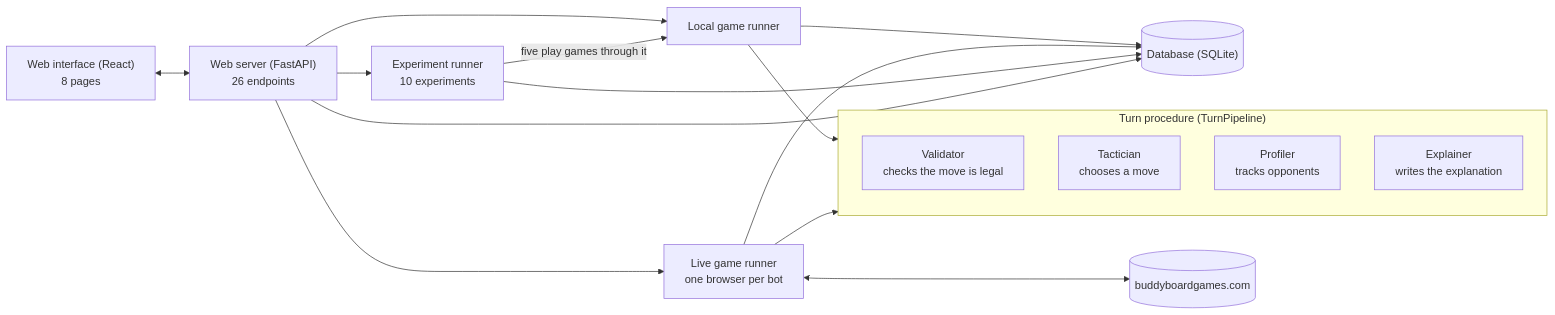
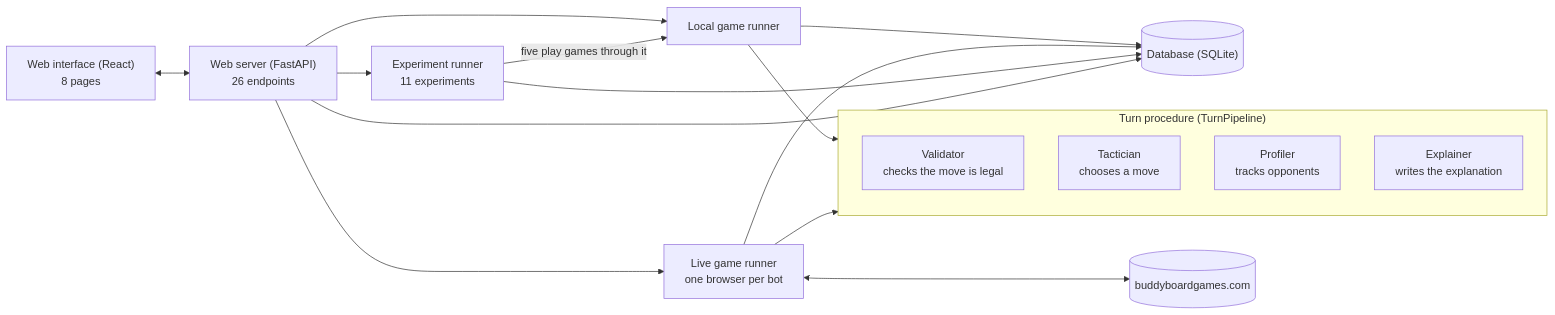
Before and after one commit to rongrongrr/AIS_PT07-Group1_MultiAgentBoardGameIntelligence: the first of 3 diagrams in docs/FINAL_REPORT.md, drawn with Mermaid. The commit also changed other lines of this file and 19 other files, not shown here.

````diff
--- a/docs/FINAL_REPORT.md
+++ b/docs/FINAL_REPORT.md
@@ -80,23 +80,23 @@
 ```mermaid
 flowchart LR
   UI["Web interface (React)<br/>8 pages"]
   API["Web server (FastAPI)<br/>26 endpoints"]
   MR["Local game runner"]
   LS["Live game runner<br/>one browser per bot"]
-  EX["Experiment runner<br/>10 experiments"]
+  EX["Experiment runner<br/>11 experiments"]
   subgraph Turn["Turn procedure (TurnPipeline)"]
     V["Validator<br/>checks the move is legal"]
     T["Tactician<br/>chooses a move"]
     PR["Profiler<br/>tracks opponents"]
     XP["Explainer<br/>writes the explanation"]
   end
   L[("Database (SQLite)")]
   W[("buddyboardgames.com")]
   UI <--> API
   API --> MR & LS & EX
   EX -->|five play games through it| MR
   MR & LS --> Turn
   MR & LS & EX --> L
   LS <--> W
   API --> L
 ```
````
